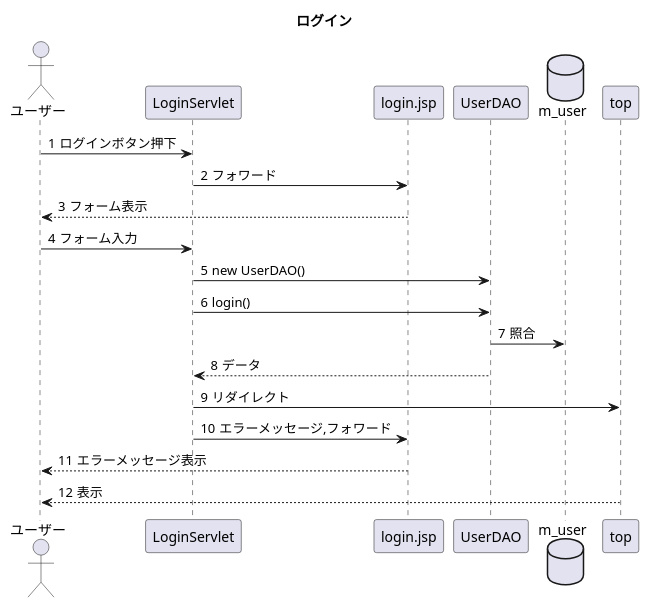
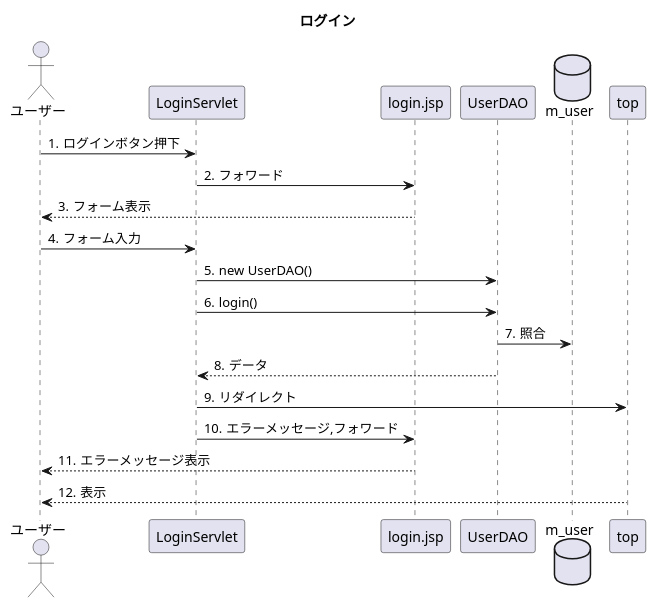
Before and after one commit to Tyamanaka07/WebSystem: the diagram in detail.uml/seq_login.pu, drawn with PlantUML. The commit also changed 2 other files, not shown here.

```diff
--- a/detail.uml/seq_login.pu
+++ b/detail.uml/seq_login.pu
@@ -1,26 +1,26 @@
 @startuml
 title ログイン
 actor ユーザー
 
 participant LoginServlet
 participant login.jsp
 participant UserDAO
 database m_user
 participant top
 
-autonumber "#"
+autonumber "#."
 
 ユーザー->LoginServlet:ログインボタン押下
 LoginServlet->login.jsp:フォワード
 login.jsp-->ユーザー:フォーム表示
 ユーザー->LoginServlet:フォーム入力
 LoginServlet->UserDAO:new UserDAO()
 LoginServlet->UserDAO:login()
 UserDAO->m_user:照合
 UserDAO-->LoginServlet:データ
 LoginServlet->top:リダイレクト
 LoginServlet->login.jsp:エラーメッセージ,フォワード
 login.jsp-->ユーザー:エラーメッセージ表示
 top-->ユーザー:表示
 
 @enduml
```
